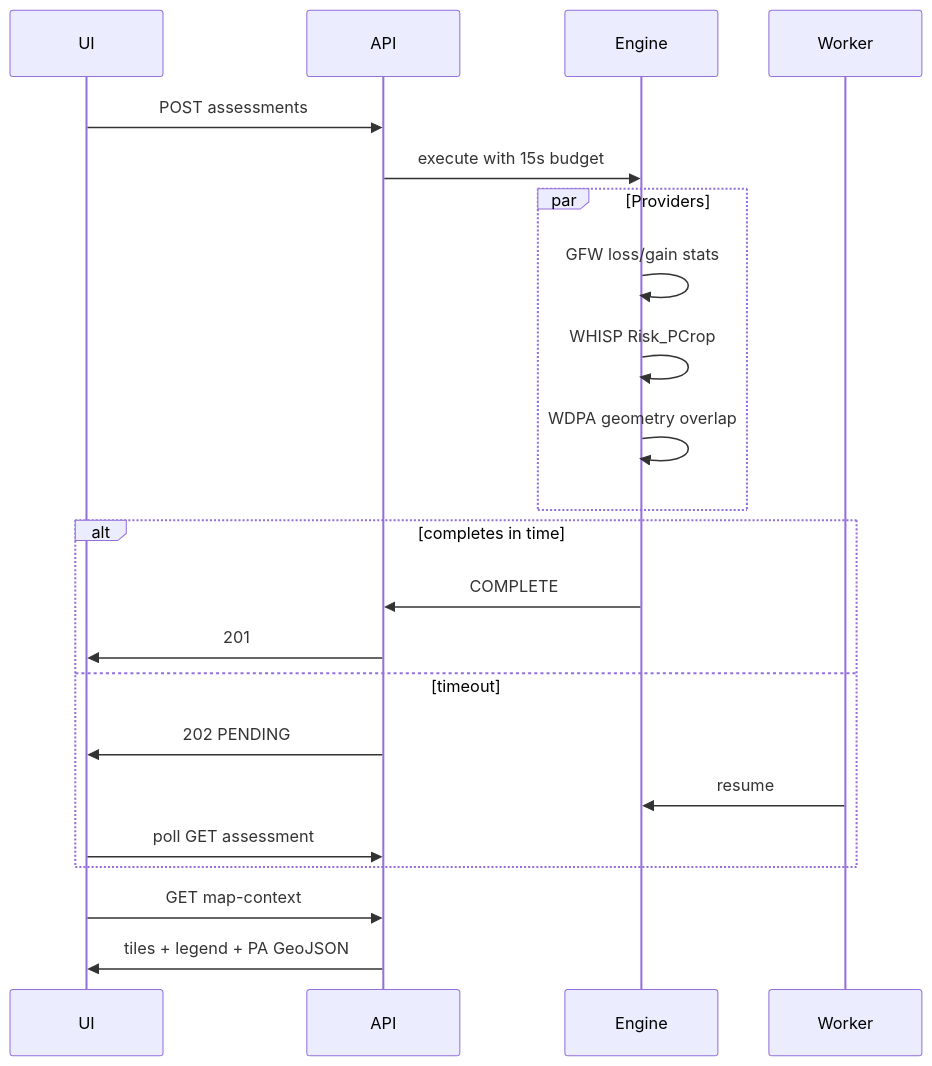
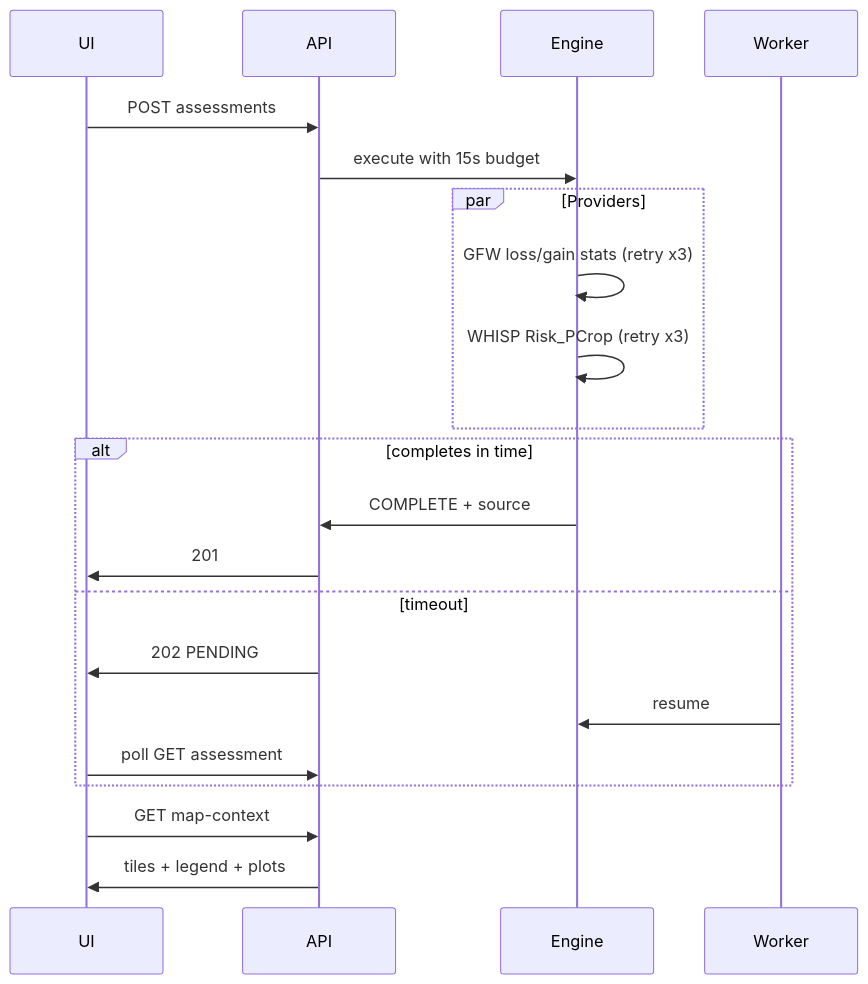
One commit to maceteligolden/supplychain-backend changed the diagram in docs/solution-design/deforestation-assessment-design.md. Above: the diagram before and after it, drawn with Mermaid. The commit also changed other lines of this file and 26 other files, not shown here.

````diff
--- a/docs/solution-design/deforestation-assessment-design.md
+++ b/docs/solution-design/deforestation-assessment-design.md
@@ -83,25 +90,24 @@
 ```mermaid
 sequenceDiagram
   participant UI
   participant API
   participant Engine
   participant Worker
 
   UI->>API: POST assessments
   API->>Engine: execute with 15s budget
   par Providers
-    Engine->>Engine: GFW loss/gain stats
-    Engine->>Engine: WHISP Risk_PCrop
-    Engine->>Engine: WDPA geometry overlap
+    Engine->>Engine: GFW loss/gain stats (retry x3)
+    Engine->>Engine: WHISP Risk_PCrop (retry x3)
   end
   alt completes in time
-    Engine->>API: COMPLETE
+    Engine->>API: COMPLETE + source
     API->>UI: 201
   else timeout
     API->>UI: 202 PENDING
     Worker->>Engine: resume
     UI->>API: poll GET assessment
   end
   UI->>API: GET map-context
-  API->>UI: tiles + legend + PA GeoJSON
+  API->>UI: tiles + legend + plots
 ```
````
